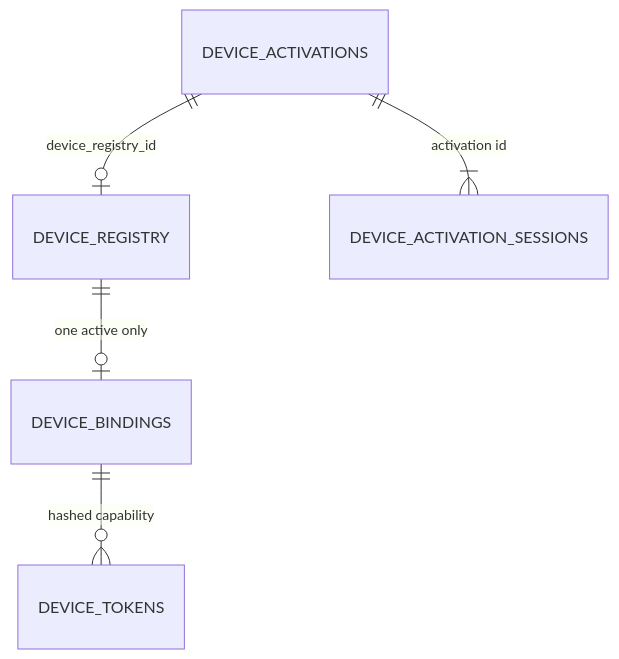
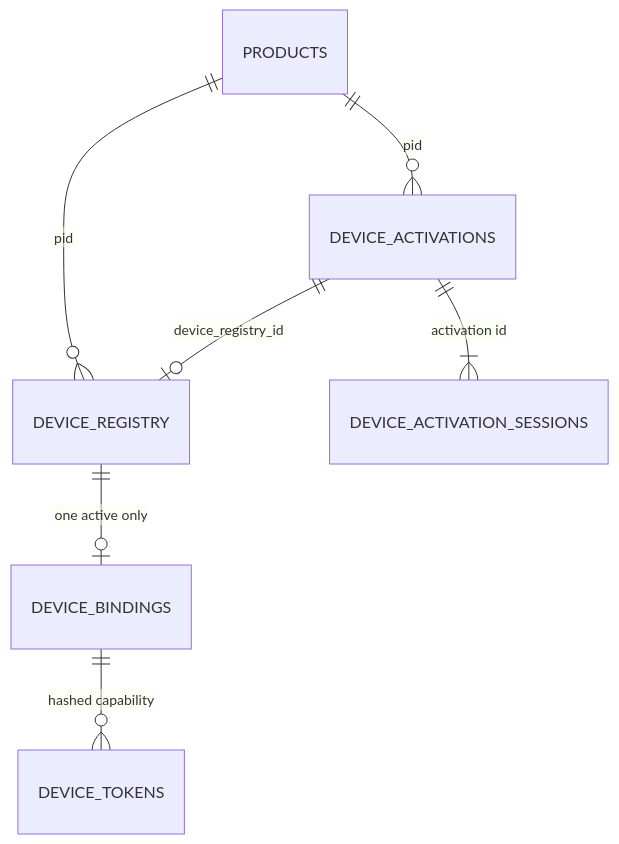
Before and after one commit to iolucasluo/aws-iot-gateway: the second of 3 diagrams in docs/flows/设备登记与激活流程.md, drawn with Mermaid. The commit also changed other lines of this file and 21 other files, not shown here.

````diff
--- a/docs/flows/设备登记与激活流程.md
+++ b/docs/flows/设备登记与激活流程.md
@@ -70,7 +72,9 @@
 ```mermaid
 erDiagram
+    PRODUCTS ||--o{ DEVICE_ACTIVATIONS : "pid"
+    PRODUCTS ||--o{ DEVICE_REGISTRY : "pid"
     DEVICE_ACTIVATIONS ||--o| DEVICE_REGISTRY : "device_registry_id"
     DEVICE_ACTIVATIONS ||--|{ DEVICE_ACTIVATION_SESSIONS : "activation id"
     DEVICE_REGISTRY ||--o| DEVICE_BINDINGS : "one active only"
     DEVICE_BINDINGS ||--o{ DEVICE_TOKENS : "hashed capability"
 ```
````
